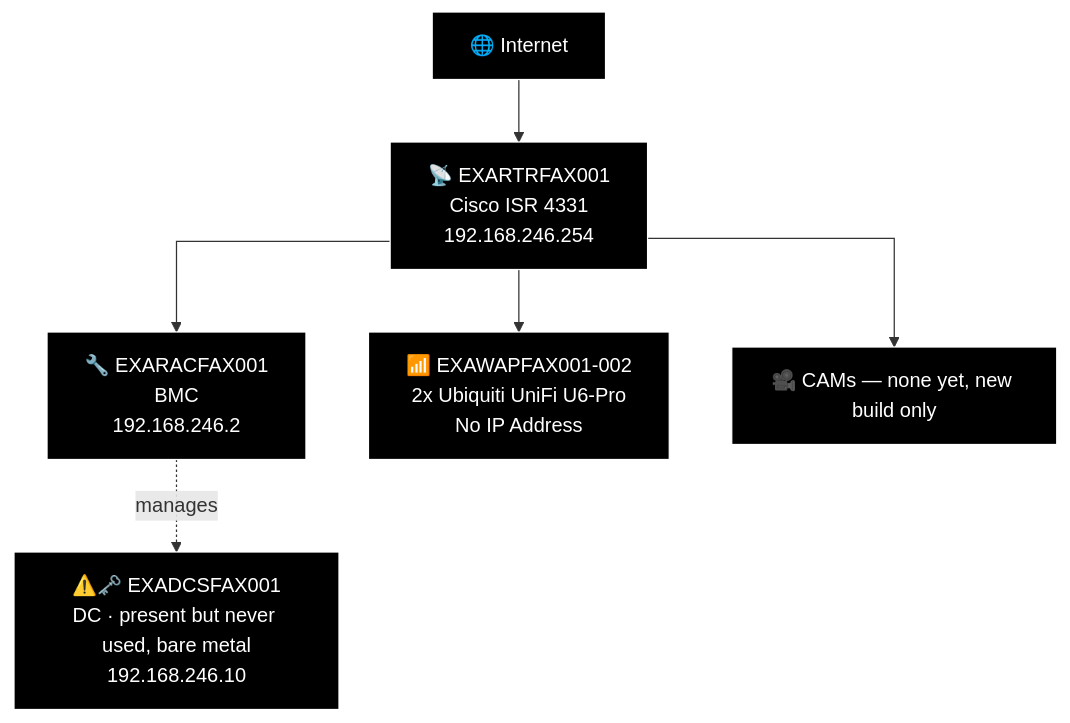
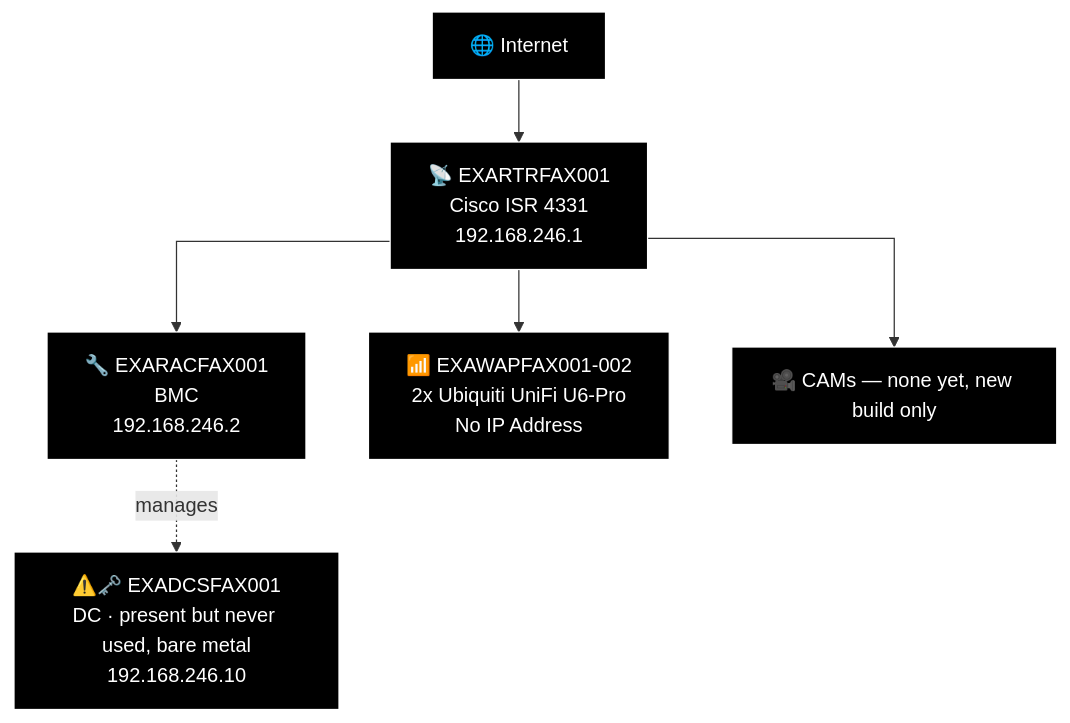
One commit to knightmare2600/example_music_infra changed the ninth of 23 diagrams in docs/network-diagram/danmark.md. Above: the diagram before and after it, drawn with Mermaid. The commit also changed other lines of this file and 7 other files, not shown here.

````diff
--- a/docs/network-diagram/danmark.md
+++ b/docs/network-diagram/danmark.md
@@ -472,23 +472,23 @@
 ```mermaid
 %%{init: {'flowchart': {'curve': 'stepAfter'}}}%%
 graph TD
     O_INET["🌐 Internet"]
-    O_RTR["📡 EXARTRFAX001<br/>Cisco ISR 4331<br/>192.168.246.254"]
+    O_RTR["📡 EXARTRFAX001<br/>Cisco ISR 4331<br/>192.168.246.1"]
     O_INET --> O_RTR
     O_RAC["🔧 EXARACFAX001<br/>BMC<br/>192.168.246.2"]
     O_DC["⚠️🗝️ EXADCSFAX001<br/>DC · present but never used, bare metal<br/>192.168.246.10"]
     O_RTR --> O_RAC
     O_RAC -.->|"manages"| O_DC
 
     O_WAP["📶 EXAWAPFAX001-002<br/>2x Ubiquiti UniFi U6-Pro<br/>No IP Address"]
     O_CAM["🎥 CAMs — none yet, new build only"]
     O_RTR --> O_WAP
     O_RTR --> O_CAM
 
     style O_INET fill:#000000,stroke:#FFFFFF,color:#FFFFFF
     style O_RTR fill:#000000,stroke:#FFFFFF,color:#FFFFFF
     style O_RAC fill:#000000,stroke:#FFFFFF,color:#FFFFFF
     style O_DC fill:#000000,stroke:#FFFFFF,color:#FFFFFF
     style O_WAP fill:#000000,stroke:#FFFFFF,color:#FFFFFF
     style O_CAM fill:#000000,stroke:#FFFFFF,color:#FFFFFF
 ```
````
